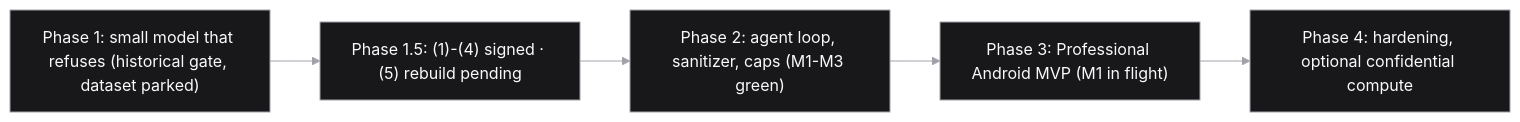
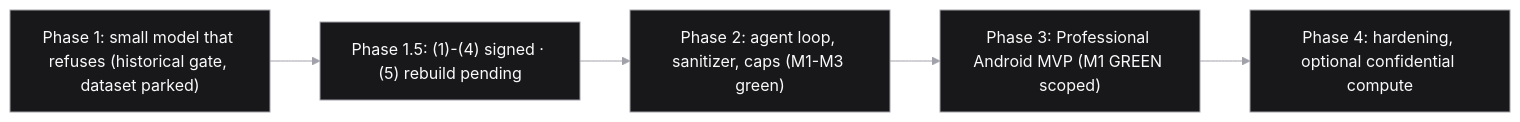
The second of 2 diagrams in README.md (9lordisgod/salomon), drawn with Mermaid before and after one commit. The commit also changed other lines of this file and 3 other files, not shown here.

Commit message:
docs: soft-sync M1 GREEN (scoped) on hero surfaces; keep item5 INVALIDATED + M2 not open

````diff
--- a/README.md
+++ b/README.md
@@ -56,11 +56,11 @@
 ```mermaid
 %%{init: {'theme':'base','themeVariables':{'dark':'#0a0a0a','background':'#0a0a0a','primaryColor':'#18181b','primaryTextColor':'#fafafa','primaryBorderColor':'#a1a1aa','secondaryColor':'#09090b','secondaryTextColor':'#fafafa','secondaryBorderColor':'#71717a','tertiaryColor':'#27272a','lineColor':'#a1a1aa','textColor':'#fafafa','mainBkg':'#18181b','nodeBorder':'#a1a1aa','clusterBkg':'#000000','titleColor':'#fafafa','edgeLabelBackground':'#18181b'}}}%%
 flowchart LR
   P1["Phase 1: small model that refuses (historical gate, dataset parked)"] --> G["Phase 1.5: (1)-(4) signed · (5) rebuild pending"]
   G --> P2["Phase 2: agent loop, sanitizer, caps (M1-M3 green)"]
-  P2 --> P3["Phase 3: Professional Android MVP (M1 in flight)"]
+  P2 --> P3["Phase 3: Professional Android MVP (M1 GREEN scoped)"]
   P3 --> P4["Phase 4: hardening, optional confidential compute"]
 
   classDef mono fill:#18181b,stroke:#a1a1aa,color:#fafafa
   class P1,G,P2,P3,P4 mono
 ```
````
